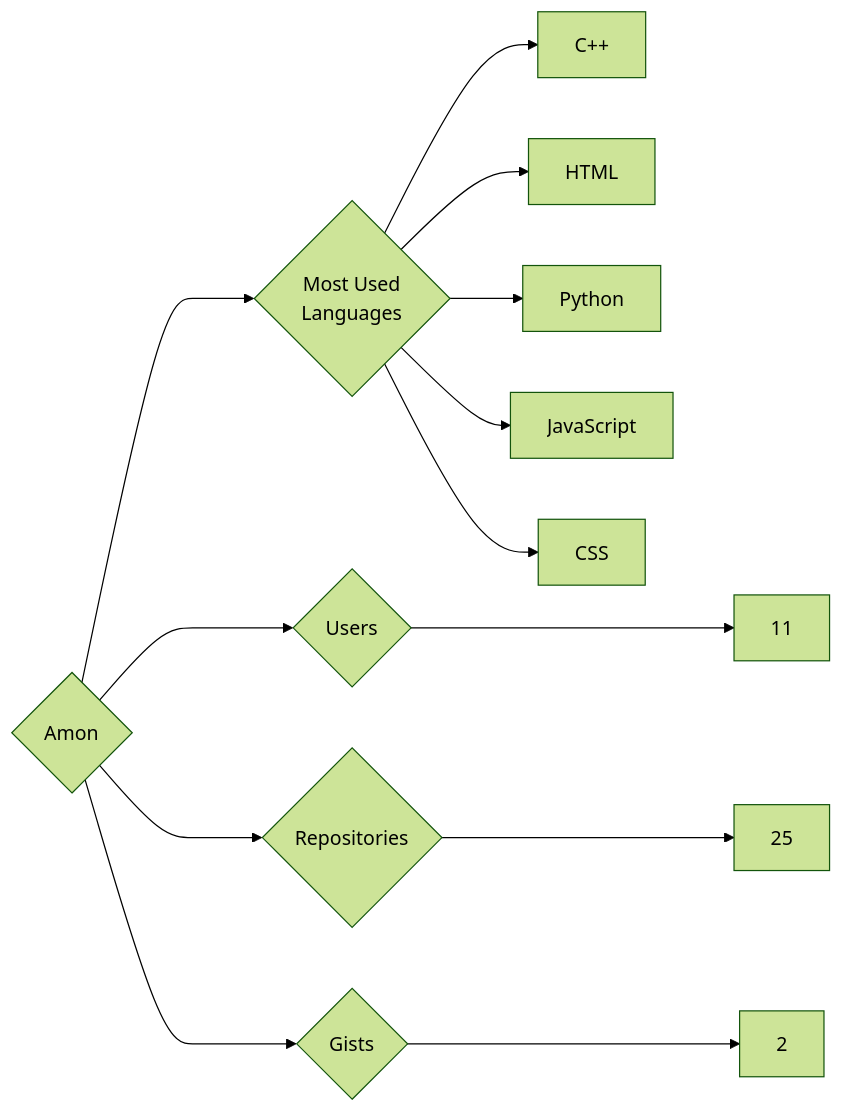
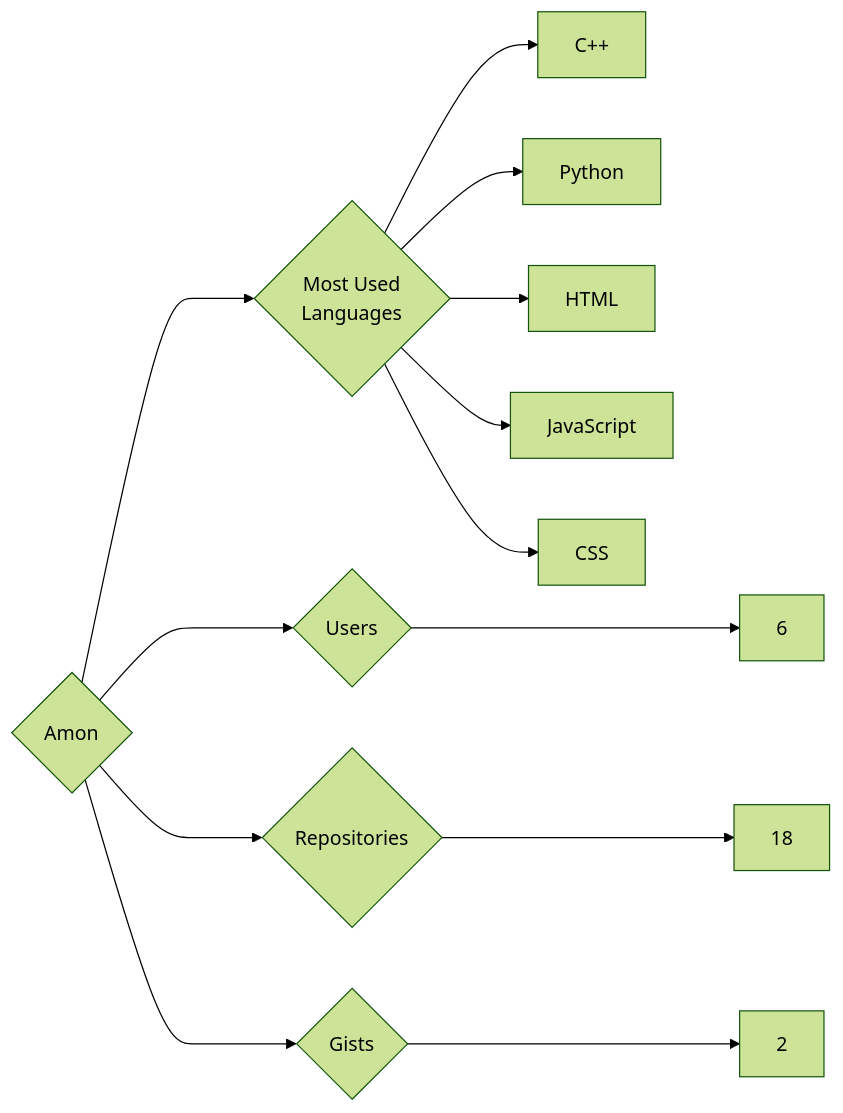
Before and after one commit to trickest/insiders: the diagram in targets/Amon/README.md, drawn with Mermaid (forest theme). The commit also changed 823 other files, not shown here.

````diff
--- a/targets/Amon/README.md
+++ b/targets/Amon/README.md
@@ -3,13 +3,13 @@
 ```mermaid
 graph LR
 COMPANY_NAME{Amon}
-COMPANY_NAME ---> U{Users} ---> UN[11]
-COMPANY_NAME ---> R{Repositories} ---> RN[25]
+COMPANY_NAME ---> U{Users} ---> UN[6]
+COMPANY_NAME ---> R{Repositories} ---> RN[18]
 COMPANY_NAME ---> G{Gists} ---> GN[2]
 COMPANY_NAME ---> ML{Most Used<br>Languages}
 ML --> C++[C++]
+ML --> Python[Python]
 ML --> HTML[HTML]
-ML --> Python[Python]
 ML --> JavaScript[JavaScript]
 ML --> CSS[CSS]
 ```
````
